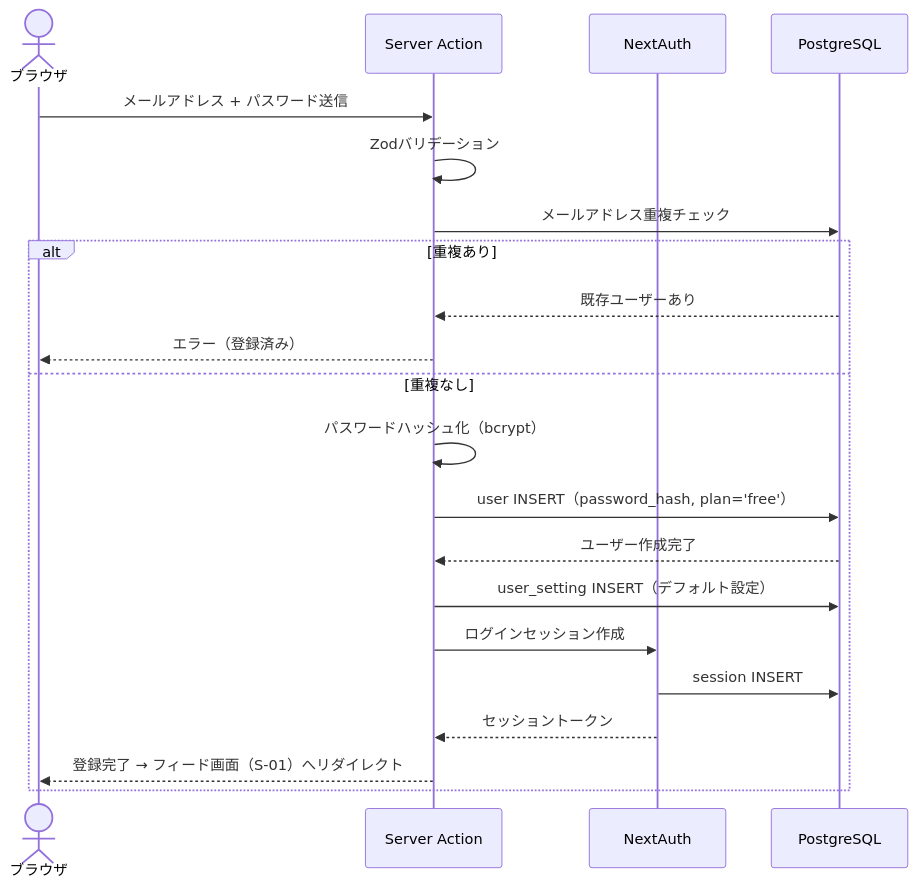
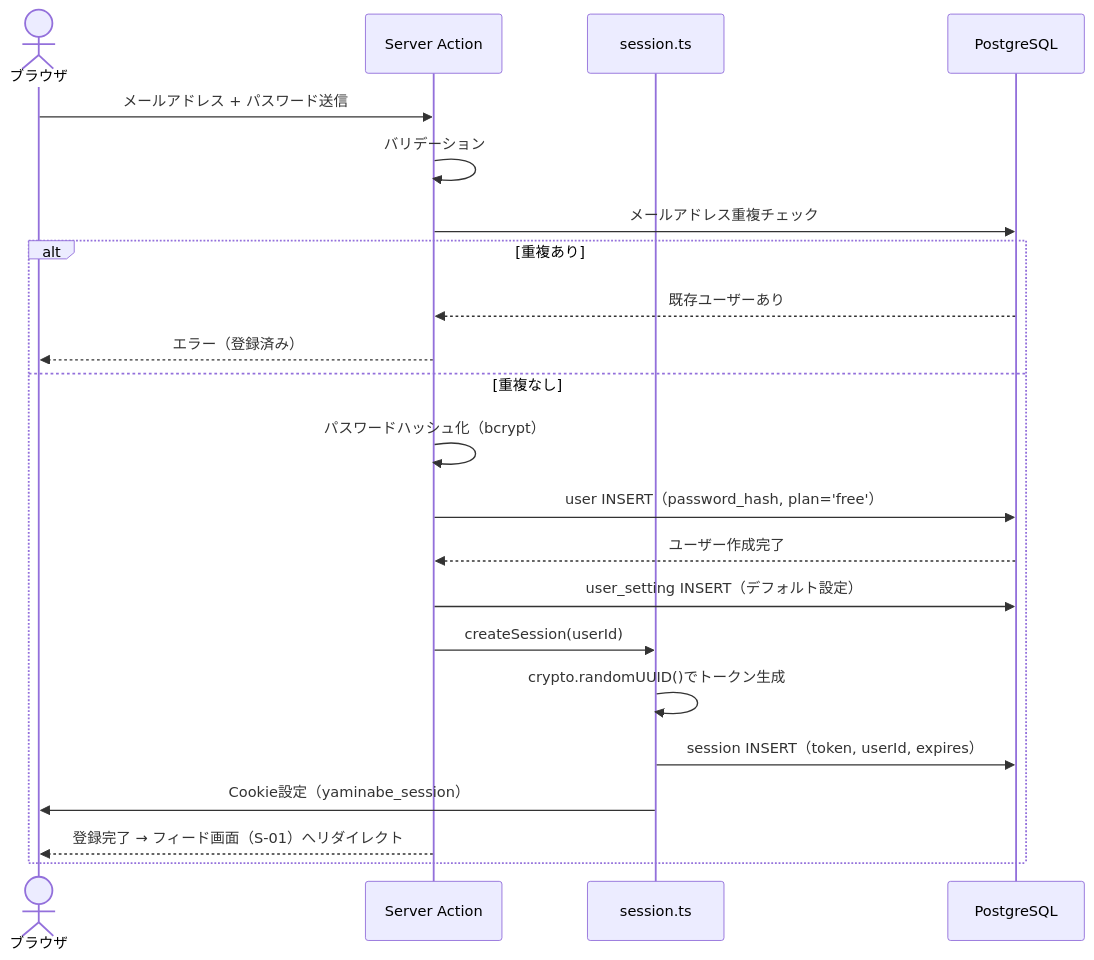
The first of 6 diagrams in .docs/sequence.md (WMinsane/yaminabe), drawn with Mermaid before and after one commit. The commit also changed other lines of this file and 10 other files, not shown here.

````diff
--- a/.docs/sequence.md
+++ b/.docs/sequence.md
@@ -5,24 +5,25 @@
 ```mermaid
 sequenceDiagram
     actor U as ブラウザ
     participant SA as Server Action
-    participant NA as NextAuth
+    participant SS as session.ts
     participant DB as PostgreSQL
 
     U->>SA: メールアドレス + パスワード送信
-    SA->>SA: Zodバリデーション
+    SA->>SA: バリデーション
     SA->>DB: メールアドレス重複チェック
     alt 重複あり
         DB-->>SA: 既存ユーザーあり
         SA-->>U: エラー（登録済み）
     else 重複なし
         SA->>SA: パスワードハッシュ化（bcrypt）
         SA->>DB: user INSERT（password_hash, plan='free'）
         DB-->>SA: ユーザー作成完了
         SA->>DB: user_setting INSERT（デフォルト設定）
-        SA->>NA: ログインセッション作成
-        NA->>DB: session INSERT
-        NA-->>SA: セッショントークン
+        SA->>SS: createSession(userId)
+        SS->>SS: crypto.randomUUID()でトークン生成
+        SS->>DB: session INSERT（token, userId, expires）
+        SS->>U: Cookie設定（yaminabe_session）
         SA-->>U: 登録完了 → フィード画面（S-01）へリダイレクト
     end
 ```
````
